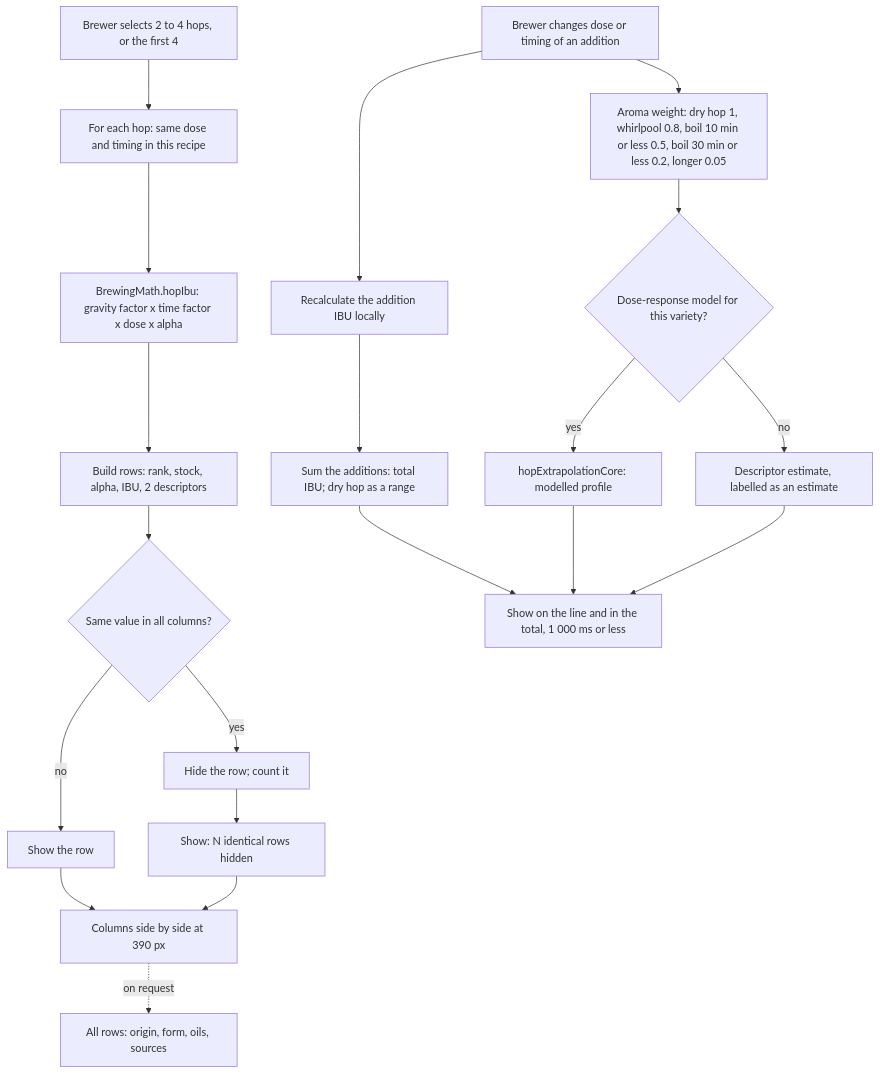
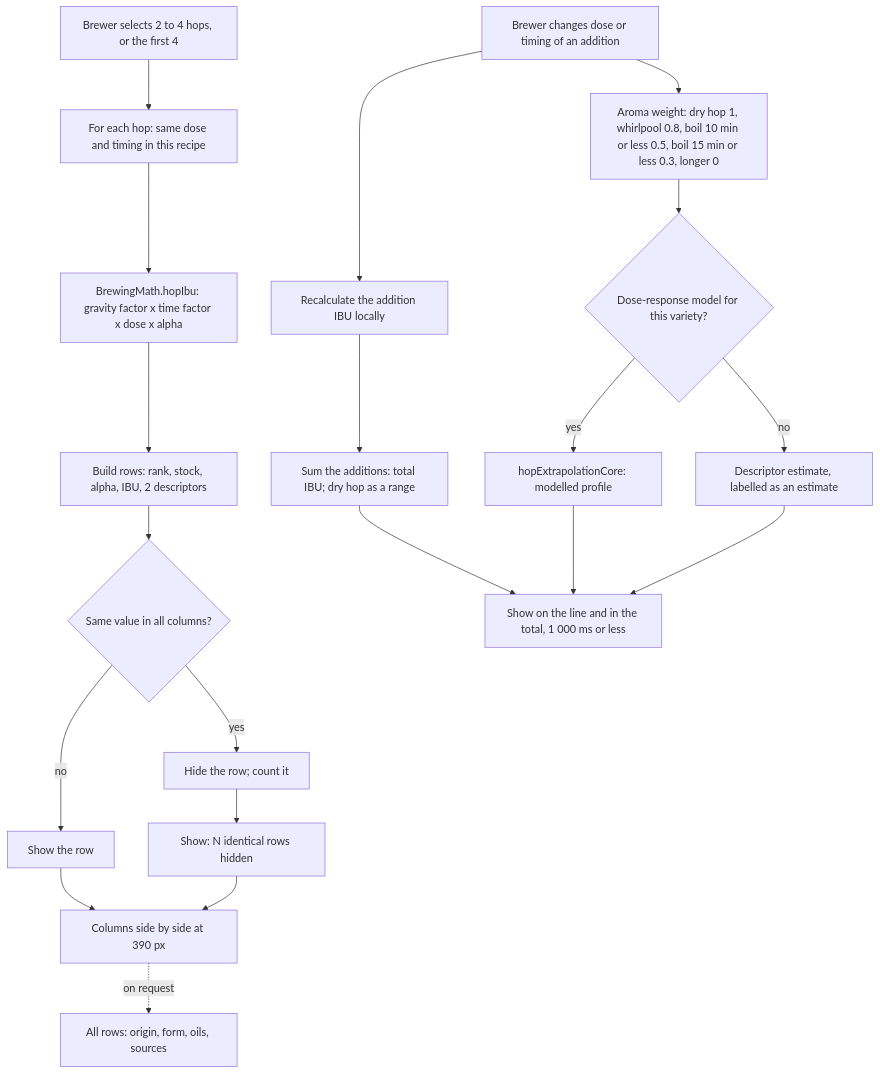
The second of 3 diagrams in docs/architecture/hop-logic.md (Mrspadaaa/Brasserie), drawn with Mermaid before and after one commit. The commit also changed other lines of this file and 6 other files, not shown here.

````diff
--- a/docs/architecture/hop-logic.md
+++ b/docs/architecture/hop-logic.md
@@ -34,23 +35,23 @@
 ```mermaid
 flowchart TD
   A[Brewer selects 2 to 4 hops, or the first 4] --> B[For each hop: same dose and timing in this recipe]
   B --> C[BrewingMath.hopIbu: gravity factor x time factor x dose x alpha]
   C --> D[Build rows: rank, stock, alpha, IBU, 2 descriptors]
   D --> E{Same value in all columns?}
   E -- yes --> F[Hide the row; count it]
   E -- no --> G[Show the row]
   F --> H[Show: N identical rows hidden]
   G --> I[Columns side by side at 390 px]
   H --> I
   I -.on request.-> J[All rows: origin, form, oils, sources]
 
   K[Brewer changes dose or timing of an addition] --> L[Recalculate the addition IBU locally]
   L --> M[Sum the additions: total IBU; dry hop as a range]
-  K --> N[Aroma weight: dry hop 1, whirlpool 0.8, boil 10 min or less 0.5, boil 30 min or less 0.2, longer 0.05]
+  K --> N[Aroma weight: dry hop 1, whirlpool 0.8, boil 10 min or less 0.5, boil 15 min or less 0.3, longer 0]
   N --> O{Dose-response model for this variety?}
   O -- yes --> P[hopExtrapolationCore: modelled profile]
   O -- no --> Q[Descriptor estimate, labelled as an estimate]
   M --> R[Show on the line and in the total, 1 000 ms or less]
   P --> R
   Q --> R
 ```
````
